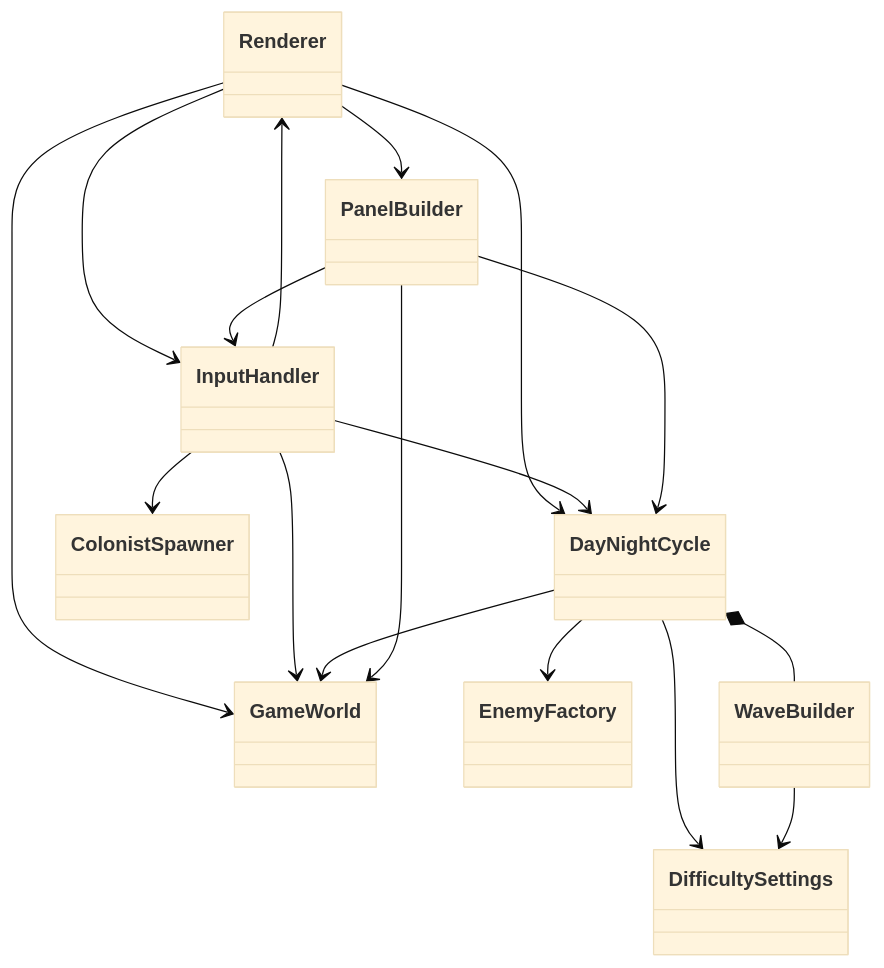
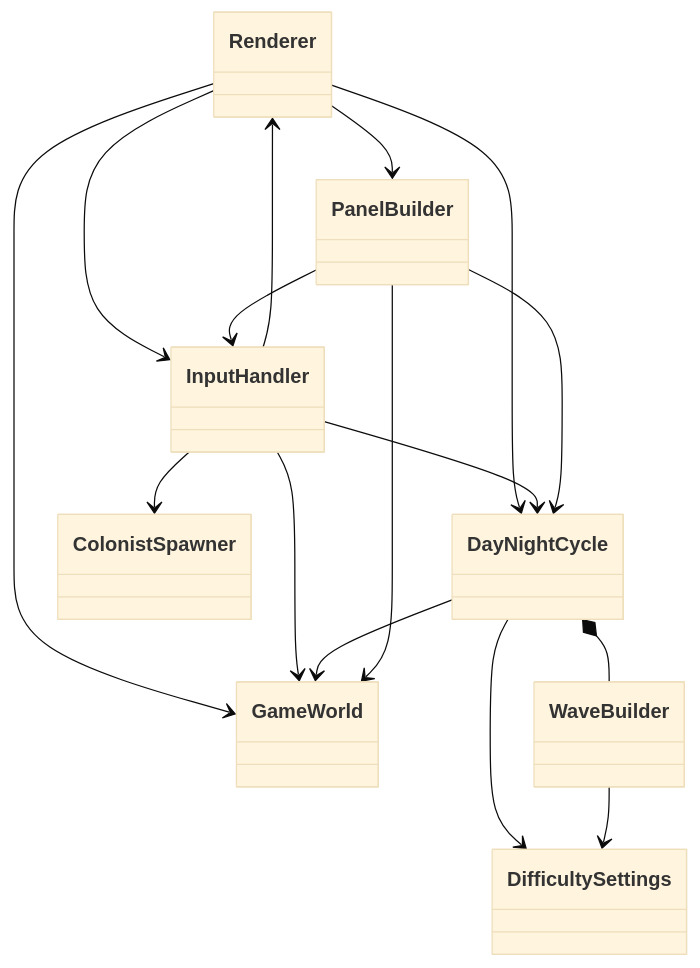
One commit to weweweme/teamnova_basic_class changed the eighth of 13 diagrams in week6/CLAUDE.md. Above: the diagram before and after it, drawn with Mermaid (base theme). The commit also changed other lines of this file, not shown here.

````diff
--- a/week6/CLAUDE.md
+++ b/week6/CLAUDE.md
@@ -396,23 +399,22 @@
 ```mermaid
 classDiagram
     Renderer --> GameWorld
     Renderer --> PanelBuilder
     Renderer --> DayNightCycle
     Renderer --> InputHandler
 
     InputHandler --> GameWorld
     InputHandler --> Renderer
     InputHandler --> DayNightCycle
     InputHandler --> ColonistSpawner
 
     DayNightCycle --> GameWorld
-    DayNightCycle --> EnemyFactory
     DayNightCycle *-- WaveBuilder
     DayNightCycle --> DifficultySettings
 
     PanelBuilder --> GameWorld
     PanelBuilder --> InputHandler
     PanelBuilder --> DayNightCycle
 
     WaveBuilder --> DifficultySettings
 ```
````
